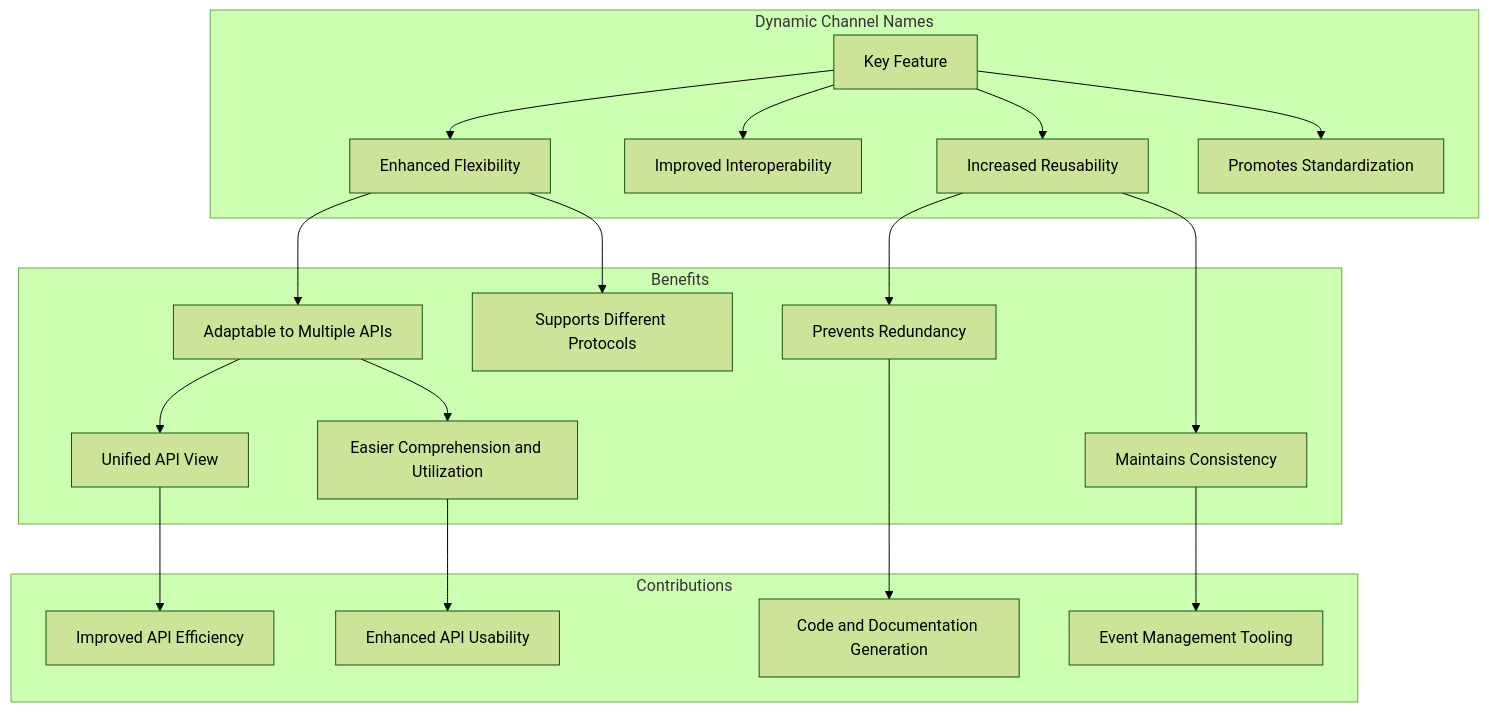
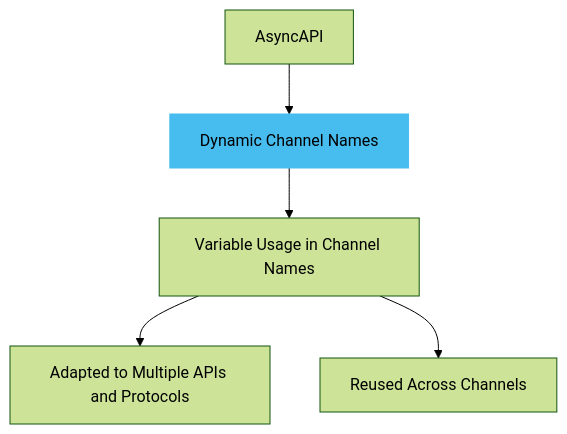
The first of 2 diagrams in pages/docs/concepts/asyncapi-document/dynamic-channel-names.md (asyncapi/website), drawn with Mermaid (forest theme) before and after one commit. The commit also changed other lines of this file and 1 other file, not shown here.

Commit message:
update weight

````diff
--- a/pages/docs/concepts/asyncapi-document/dynamic-channel-names.md
+++ b/pages/docs/concepts/asyncapi-document/dynamic-channel-names.md
@@ -8,23 +8,15 @@
 ```mermaid
-flowchart TD
-    subgraph "Dynamic Channel Names"
-        A[Key Feature] --> B[Enhanced Flexibility]
-        A --> C[Improved Interoperability]
-        A --> D[Increased Reusability]
-        A --> E[Promotes Standardization]
-    end
-    subgraph "Benefits"
-        B --> F[Adaptable to Multiple APIs]
-        B --> G[Supports Different Protocols]
-        D --> H[Prevents Redundancy]
-        D --> I[Maintains Consistency]
-        F --> J[Unified API View]
-        F --> K[Easier Comprehension and Utilization]
-    end
-    subgraph "Contributions"
-        H --> L[Code and Documentation Generation]
-        I --> M[Event Management Tooling]
-        J --> N[Improved API Efficiency]
-        K --> O[Enhanced API Usability]
-    end
+graph TD
+A[AsyncAPI]
+B[Dynamic Channel Names]
+D[Variable Usage in Channel Names]
+E[Adapted to Multiple APIs and Protocols]
+F[Reused Across Channels]
+
+style B fill:#47BCEE,stroke:#47BCEE;
+
+A --> B
+B --> D
+D --> E
+D --> F
 ```
````
